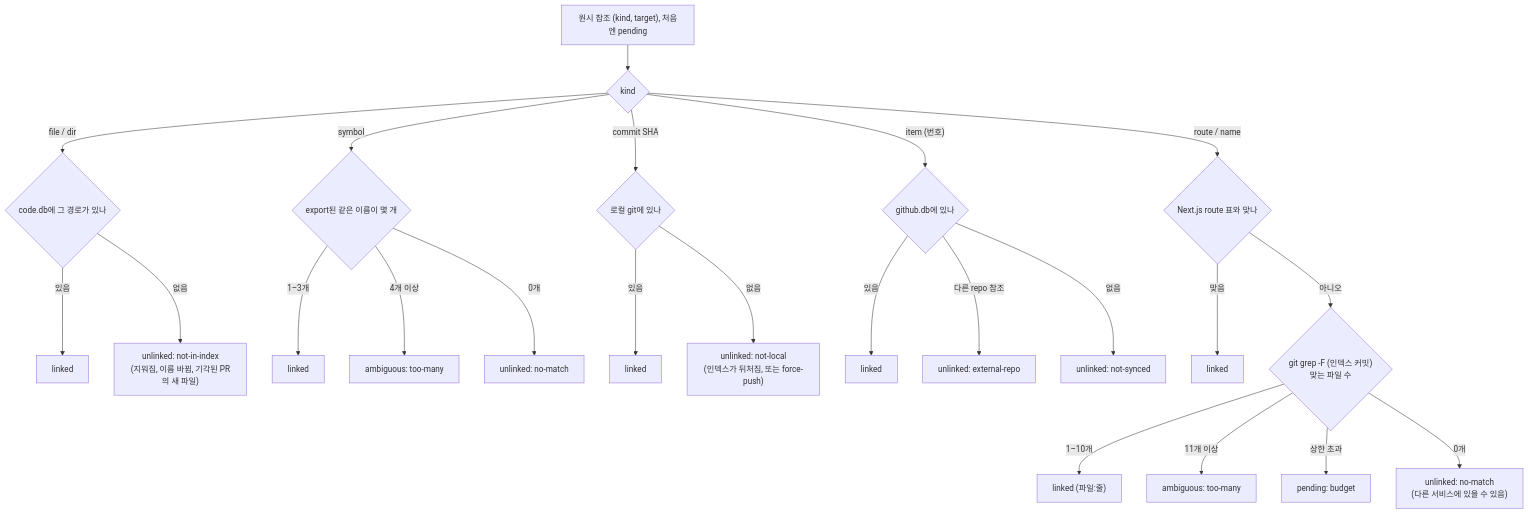
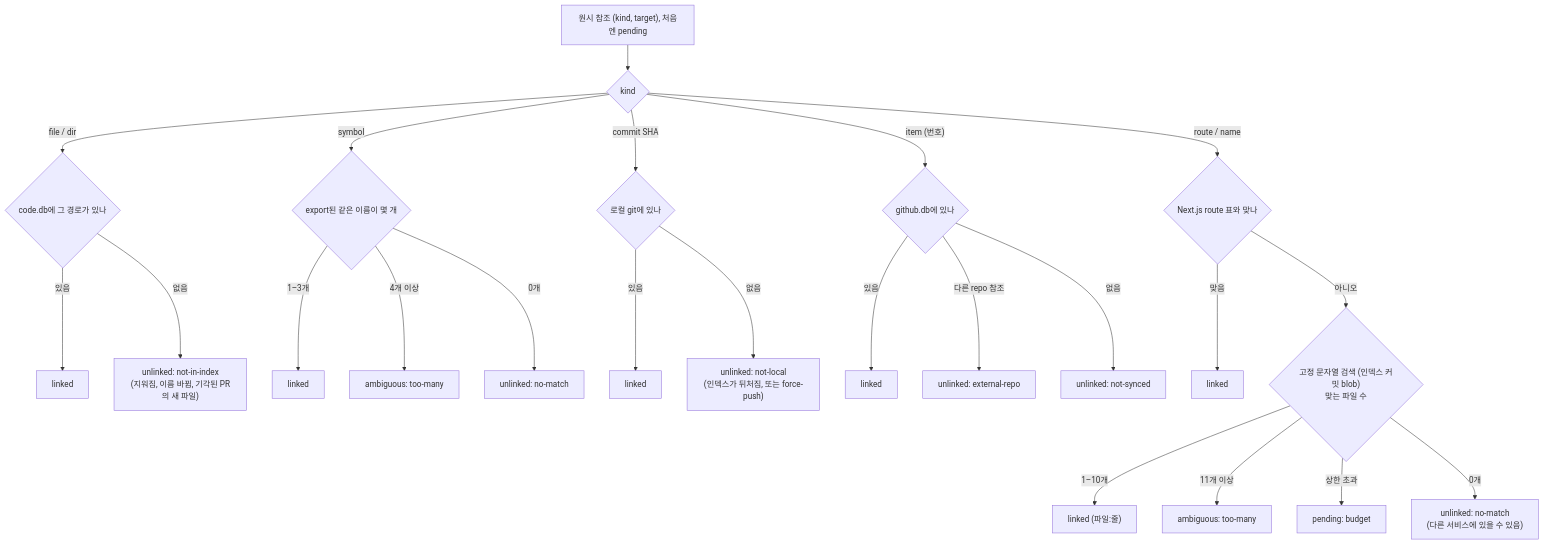
One commit to jha0313/second-brain-eval-kit changed the fourth of 6 diagrams in docs/phase1-design.md. Above: the diagram before and after it, drawn with Mermaid. The commit also changed other lines of this file and 3 other files, not shown here.

````diff
--- a/docs/phase1-design.md
+++ b/docs/phase1-design.md
@@ -405,25 +405,25 @@
 ```mermaid
 flowchart TD
   R["원시 참조 (kind, target), 처음엔 pending"] --> K{kind}
   K -- "file / dir" --> F{"code.db에 그 경로가 있나"}
   F -- "있음" --> L1["linked"]
   F -- "없음" --> U1["unlinked: not-in-index<br/>(지워짐, 이름 바뀜, 기각된 PR의 새 파일)"]
   K -- "symbol" --> SY{"export된 같은 이름이 몇 개"}
   SY -- "1–3개" --> L2["linked"]
   SY -- "4개 이상" --> A1["ambiguous: too-many"]
   SY -- "0개" --> U2["unlinked: no-match"]
   K -- "commit SHA" --> C{"로컬 git에 있나"}
   C -- "있음" --> L3["linked"]
   C -- "없음" --> U3["unlinked: not-local<br/>(인덱스가 뒤처짐, 또는 force-push)"]
   K -- "item (번호)" --> I{"github.db에 있나"}
   I -- "있음" --> L4["linked"]
   I -- "다른 repo 참조" --> U4["unlinked: external-repo"]
   I -- "없음" --> U5["unlinked: not-synced"]
   K -- "route / name" --> RT{"Next.js route 표와 맞나"}
   RT -- "맞음" --> L5["linked"]
-  RT -- "아니오" --> GG{"git grep -F (인덱스 커밋)<br/>맞는 파일 수"}
+  RT -- "아니오" --> GG{"고정 문자열 검색 (인덱스 커밋 blob)<br/>맞는 파일 수"}
   GG -- "1–10개" --> L6["linked (파일:줄)"]
   GG -- "11개 이상" --> A2["ambiguous: too-many"]
   GG -- "상한 초과" --> A3["pending: budget"]
   GG -- "0개" --> U6["unlinked: no-match<br/>(다른 서비스에 있을 수 있음)"]
 ```
````
